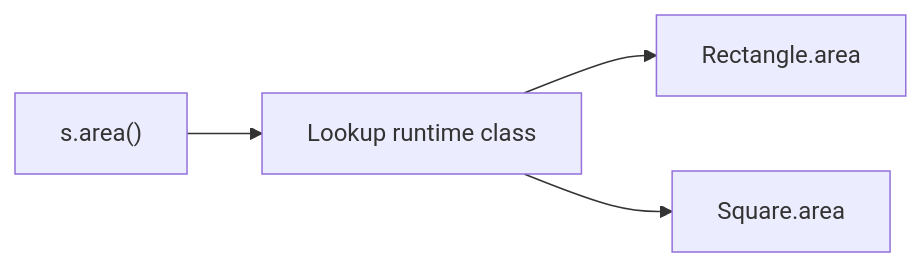
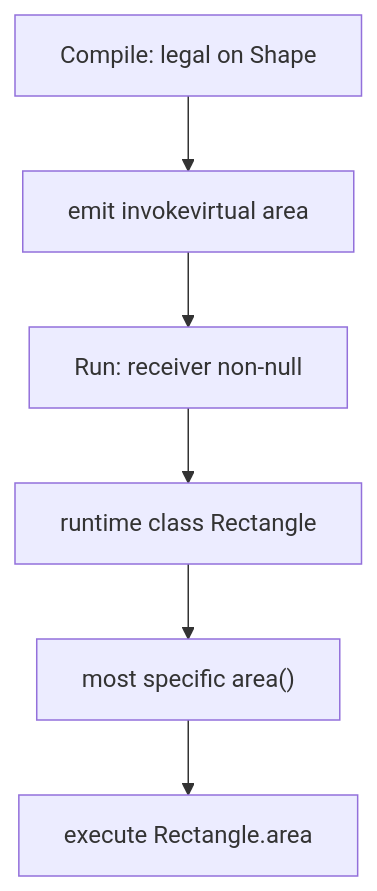
Before and after one commit to lostfromlight1/java-handbook: the diagram in 07-inheritance-and-polymorphism/03-dynamic-dispatch-and-lsp.md, drawn with Mermaid. The commit also changed other lines of this file and 5 other files, not shown here.

````diff
--- a/07-inheritance-and-polymorphism/03-dynamic-dispatch-and-lsp.md
+++ b/07-inheritance-and-polymorphism/03-dynamic-dispatch-and-lsp.md
@@ -65,6 +130,8 @@
 ```mermaid
-flowchart LR
-  Call["s.area()"] --> Resolve["Lookup runtime class"]
-  Resolve --> Rect["Rectangle.area"]
-  Resolve --> Sq["Square.area"]
+flowchart TD
+  compile["Compile: legal on Shape"] --> bc["emit invokevirtual area"]
+  bc --> run["Run: receiver non-null"]
+  run --> rtc["runtime class Rectangle"]
+  rtc --> pick["most specific area()"]
+  pick --> exec["execute Rectangle.area"]
 ```
````
